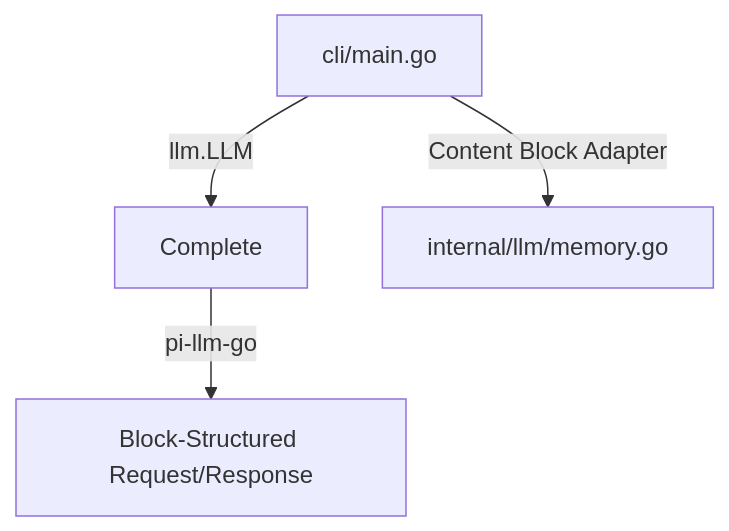
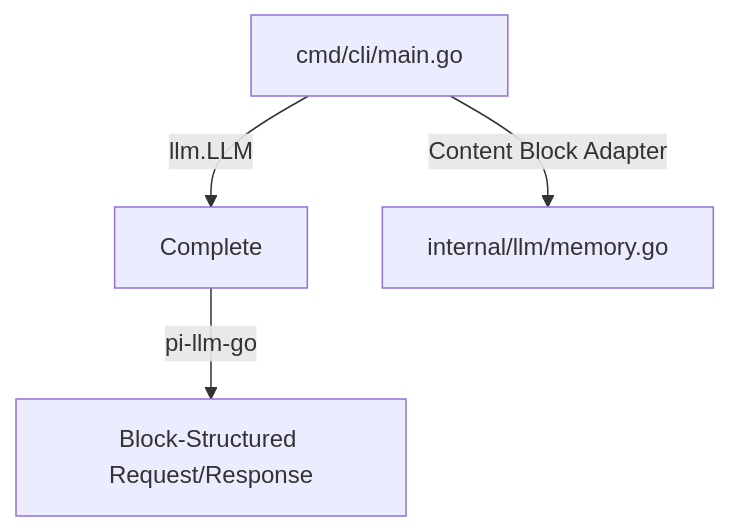
Before and after one commit to mdfranz/elastic-security-mcp: the third of 4 diagrams in GO-AGENT-COMP.md, drawn with Mermaid. The commit also changed other lines of this file and 4 other files, not shown here.

````diff
--- a/GO-AGENT-COMP.md
+++ b/GO-AGENT-COMP.md
@@ -36,6 +36,6 @@
 ```mermaid
 graph TD
-    A3[cli/main.go] -->|llm.LLM| B3[Complete]
+    A3[cmd/cli/main.go] -->|llm.LLM| B3[Complete]
     A3 -->|Content Block Adapter| C3[internal/llm/memory.go]
     B3 -->|pi-llm-go| E3[Block-Structured Request/Response]
 ```
````
